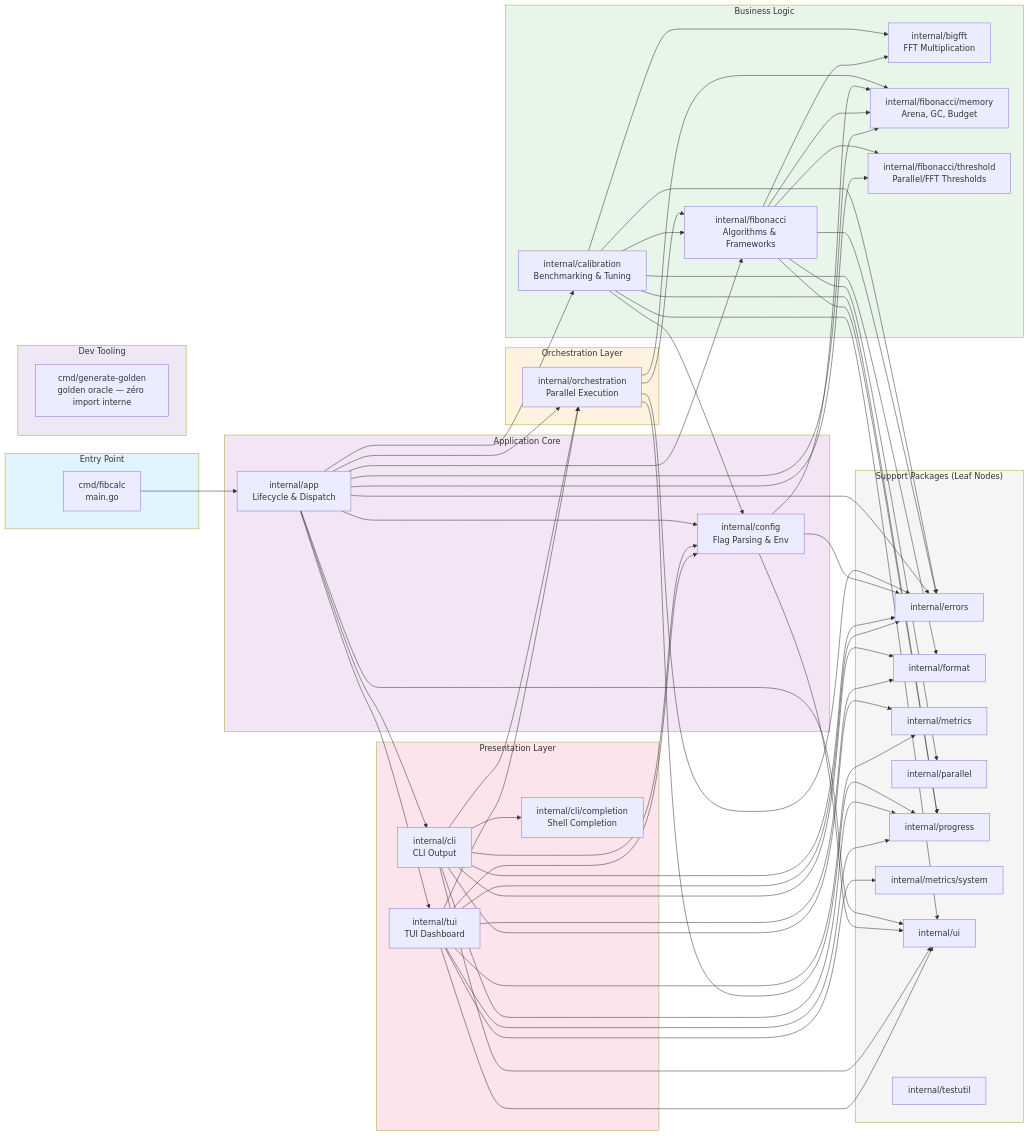
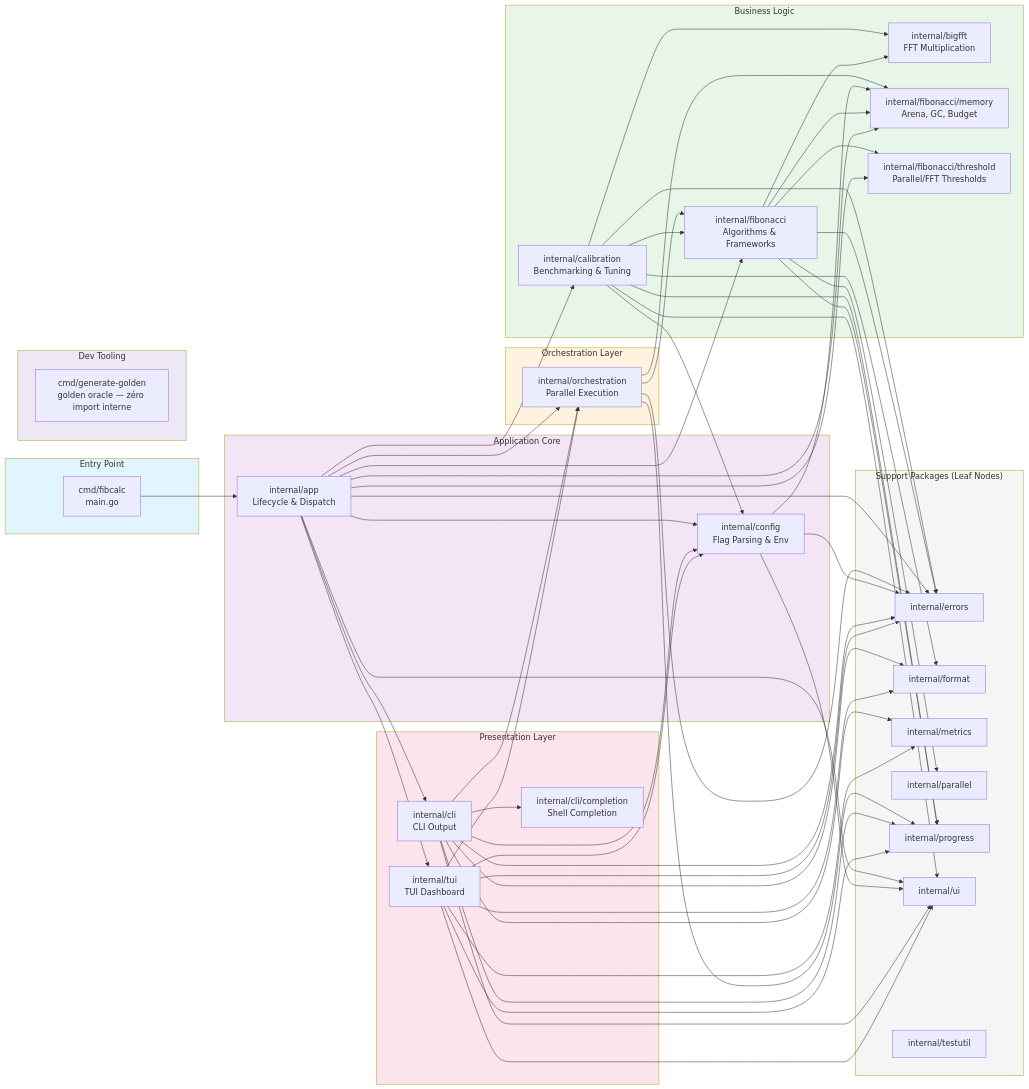
One commit to agbruneau/Fibonacci changed the diagram in docs/architecture/dependency-graph.mermaid. Above: the diagram before and after it, drawn with Mermaid. The commit also changed 5 other files, not shown here.

First line of the commit message:
refactor(tui): inline metrics/system.Sample, drop the single-caller package

```diff
--- a/docs/architecture/dependency-graph.mermaid
+++ b/docs/architecture/dependency-graph.mermaid
@@ -1,105 +1,103 @@
 flowchart LR
     subgraph Entry["Entry Point"]
         main["cmd/fibcalc<br/>main.go"]
     end
 
     subgraph Tooling["Dev Tooling"]
         gen["cmd/generate-golden<br/>golden oracle — zéro import interne"]
     end
 
     subgraph Core["Application Core"]
         app["internal/app<br/>Lifecycle & Dispatch"]
         config["internal/config<br/>Flag Parsing & Env"]
     end
 
     subgraph Orchestration["Orchestration Layer"]
         orch["internal/orchestration<br/>Parallel Execution"]
     end
 
     subgraph Business["Business Logic"]
         fib["internal/fibonacci<br/>Algorithms & Frameworks"]
         bigfft["internal/bigfft<br/>FFT Multiplication"]
         calib["internal/calibration<br/>Benchmarking & Tuning"]
         fibmem["internal/fibonacci/memory<br/>Arena, GC, Budget"]
         fibthr["internal/fibonacci/threshold<br/>Parallel/FFT Thresholds"]
     end
 
     subgraph Presentation["Presentation Layer"]
         cli["internal/cli<br/>CLI Output"]
         completion["internal/cli/completion<br/>Shell Completion"]
         tui["internal/tui<br/>TUI Dashboard"]
     end
 
     subgraph Support["Support Packages (Leaf Nodes)"]
         errors["internal/errors"]
         format["internal/format"]
         metrics["internal/metrics"]
         parallel["internal/parallel"]
         progress["internal/progress"]
-        sysmon["internal/metrics/system"]
         ui["internal/ui"]
         testutil["internal/testutil"]
     end
 
     main --> app
     app --> config
     app --> orch
     app --> cli
     app --> tui
     app --> calib
     app --> fib
     app --> errors
     app --> ui
 
     orch --> fib
     orch --> errors
     orch --> progress
     orch --> fibmem
 
     config --> errors
     config --> fibmem
     config --> ui
 
     calib --> fib
     calib --> bigfft
     calib --> config
     calib --> errors
     calib --> format
     calib --> ui
     calib --> progress
 
     fib --> bigfft
     fib --> errors
     fib --> parallel
     fib --> progress
     fib --> fibmem
     fib --> fibthr
 
     cli --> completion
     cli --> format
     cli --> errors
     cli --> metrics
     cli --> ui
     cli --> orch
     cli --> config
     cli --> progress
 
     tui --> format
     tui --> metrics
-    tui --> sysmon
     tui --> ui
     tui --> errors
     tui --> config
     tui --> orch
     tui --> progress
 
     app --> fibmem
     app --> fibthr
 
     style Entry fill:#e1f5fe
     style Tooling fill:#ede7f6
     style Core fill:#f3e5f5
     style Orchestration fill:#fff3e0
     style Business fill:#e8f5e9
     style Presentation fill:#fce4ec
     style Support fill:#f5f5f5
```
